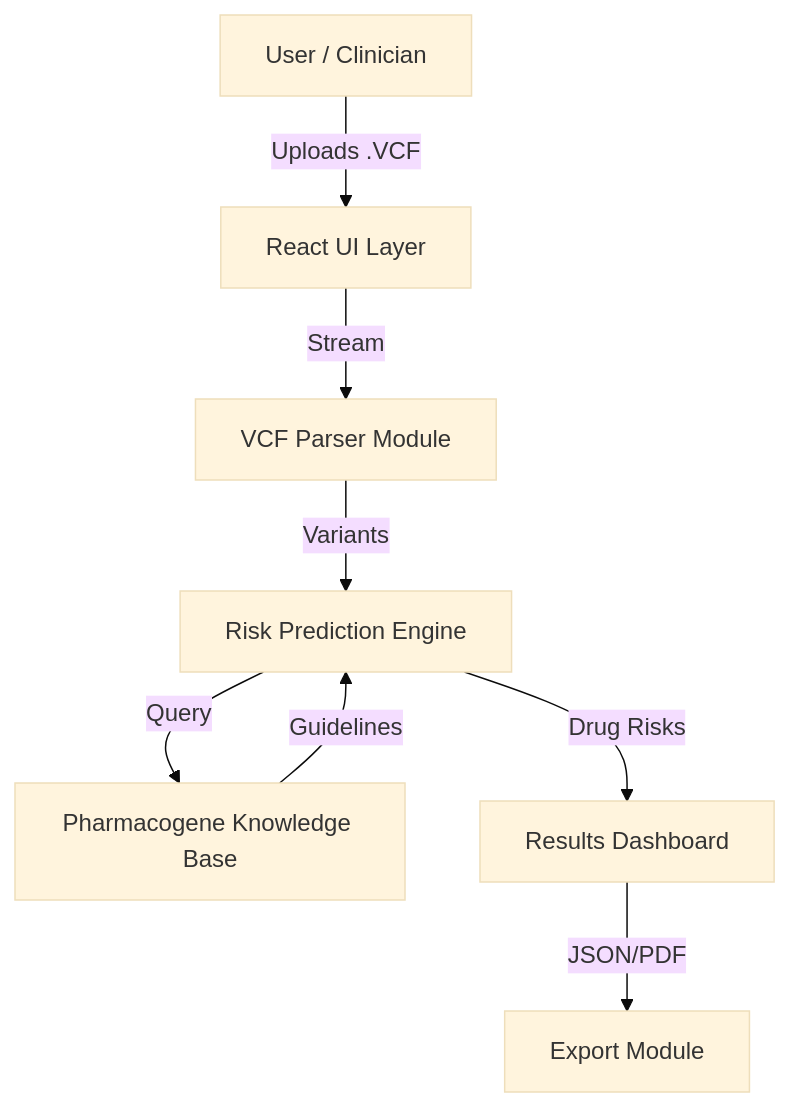
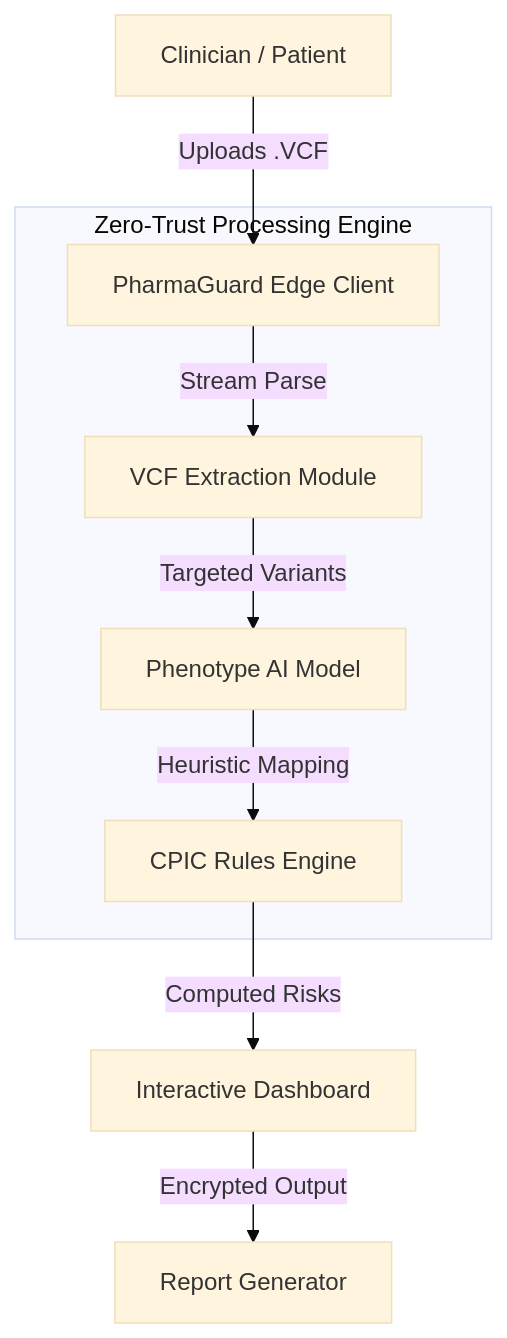
One commit to vinaysingh282006/RIFT changed the diagram in README.md. Above: the diagram before and after it, drawn with Mermaid (base theme). The commit also changed other lines of this file and 33 other files, not shown here.

````diff
--- a/README.md
+++ b/README.md
@@ -31,10 +31,11 @@
 ```mermaid
 graph TD
-    User[User / Clinician] -->|Uploads .VCF| UI[React UI Layer]
-    UI -->|Stream| Parser[VCF Parser Module]
-    Parser -->|Variants| Engine[Risk Prediction Engine]
-    Engine -->|Query| KB[Pharmacogene Knowledge Base]
-    KB -->|Guidelines| Engine
-    Engine -->|Drug Risks| Dashboard[Results Dashboard]
-    Dashboard -->|JSON/PDF| Report[Export Module]
+    User[Clinician / Patient] -->|Uploads .VCF| UI[PharmaGuard Edge Client]
+    subgraph Frontend Pipeline [Zero-Trust Processing Engine]
+        UI -->|Stream Parse| Parser[VCF Extraction Module]
+        Parser -->|Targeted Variants| Engine[Phenotype AI Model]
+        Engine -->|Heuristic Mapping| Rules[CPIC Rules Engine]
+    end
+    Rules -->|Computed Risks| Dashboard[Interactive Dashboard]
+    Dashboard -->|Encrypted Output| Export[Report Generator]
 ```
````
